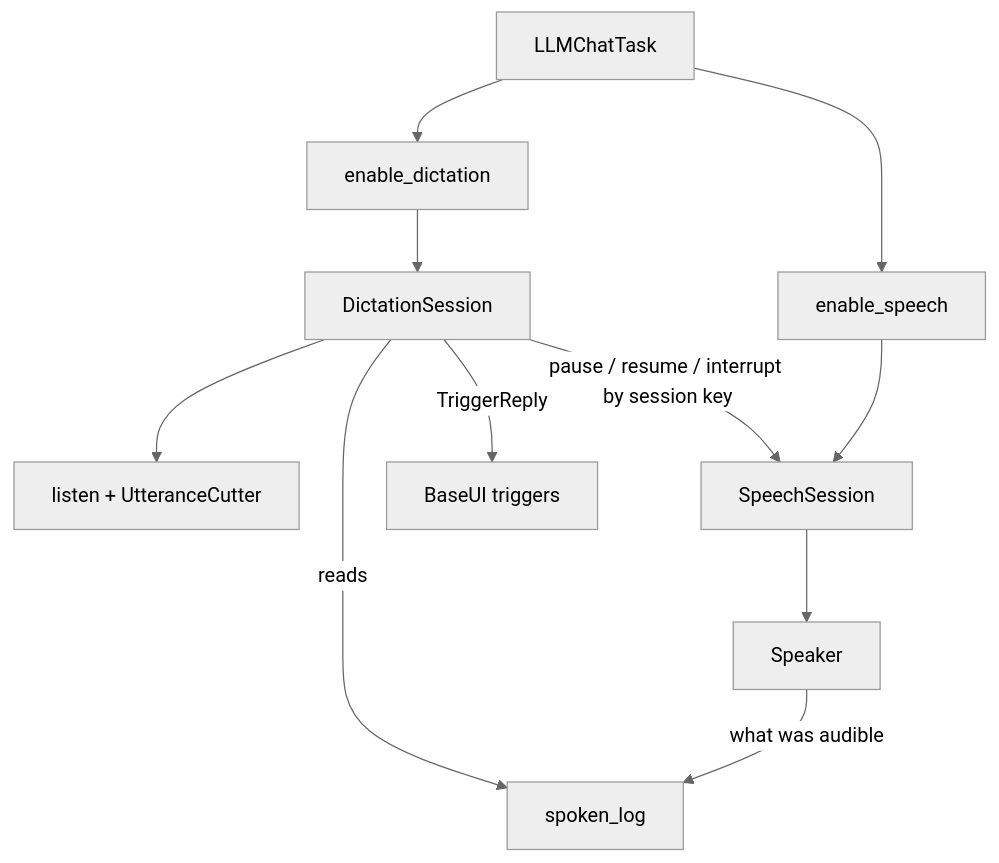
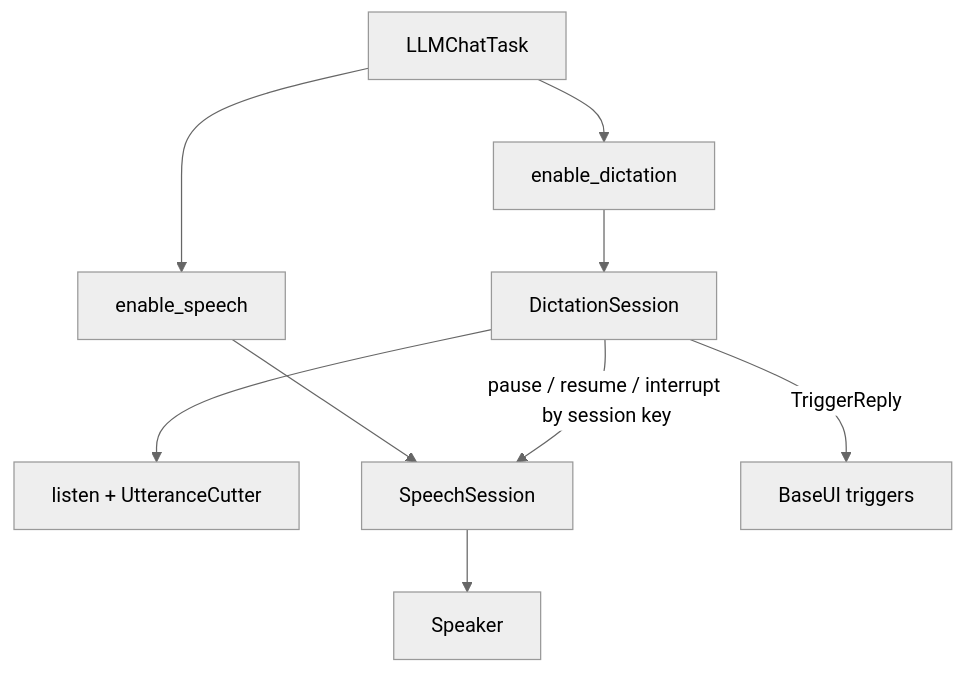
The first of 3 diagrams in docs/architecture/3-peripheral-flow/dictation-barge-in.md (state-alchemists/zrb), drawn with Mermaid (neutral theme) before and after one commit. The commit also changed other lines of this file and 14 other files, not shown here.

````diff
--- a/docs/architecture/3-peripheral-flow/dictation-barge-in.md
+++ b/docs/architecture/3-peripheral-flow/dictation-barge-in.md
@@ -65,13 +65,11 @@
 ```mermaid
 flowchart TD
     Chat[LLMChatTask] --> ED[enable_dictation]
     Chat --> ES[enable_speech]
     ED --> DS[DictationSession]
     DS --> Listen[listen + UtteranceCutter]
     ES --> SS[SpeechSession]
     SS --> Speaker[Speaker]
-    Speaker -->|what was audible| Log[spoken_log]
     DS -->|pause / resume / interrupt by session key| SS
-    DS -->|reads| Log
     DS -->|TriggerReply| UI[BaseUI triggers]
 ```
````
